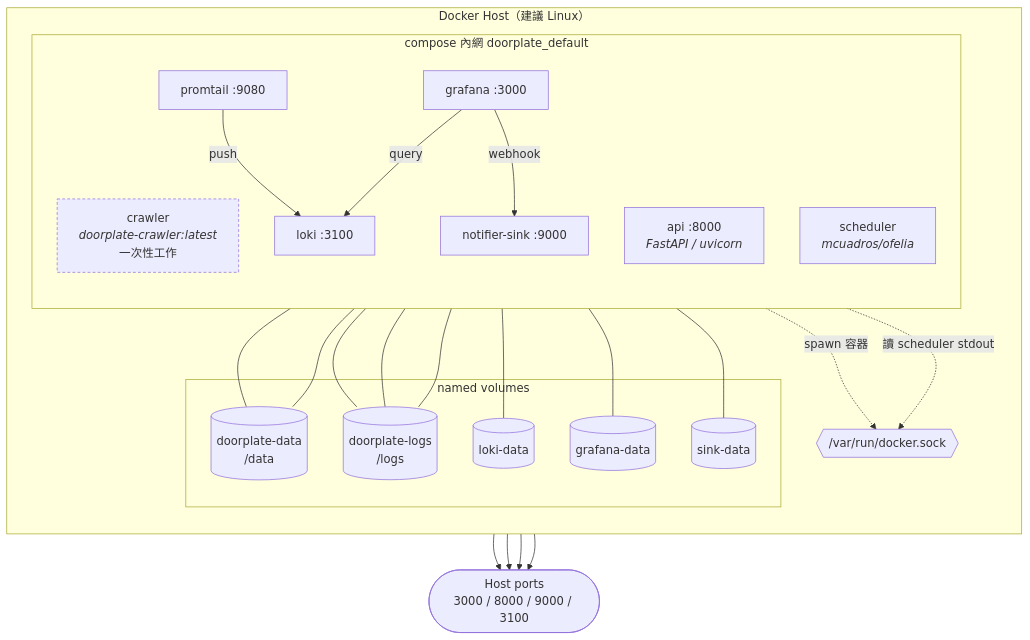
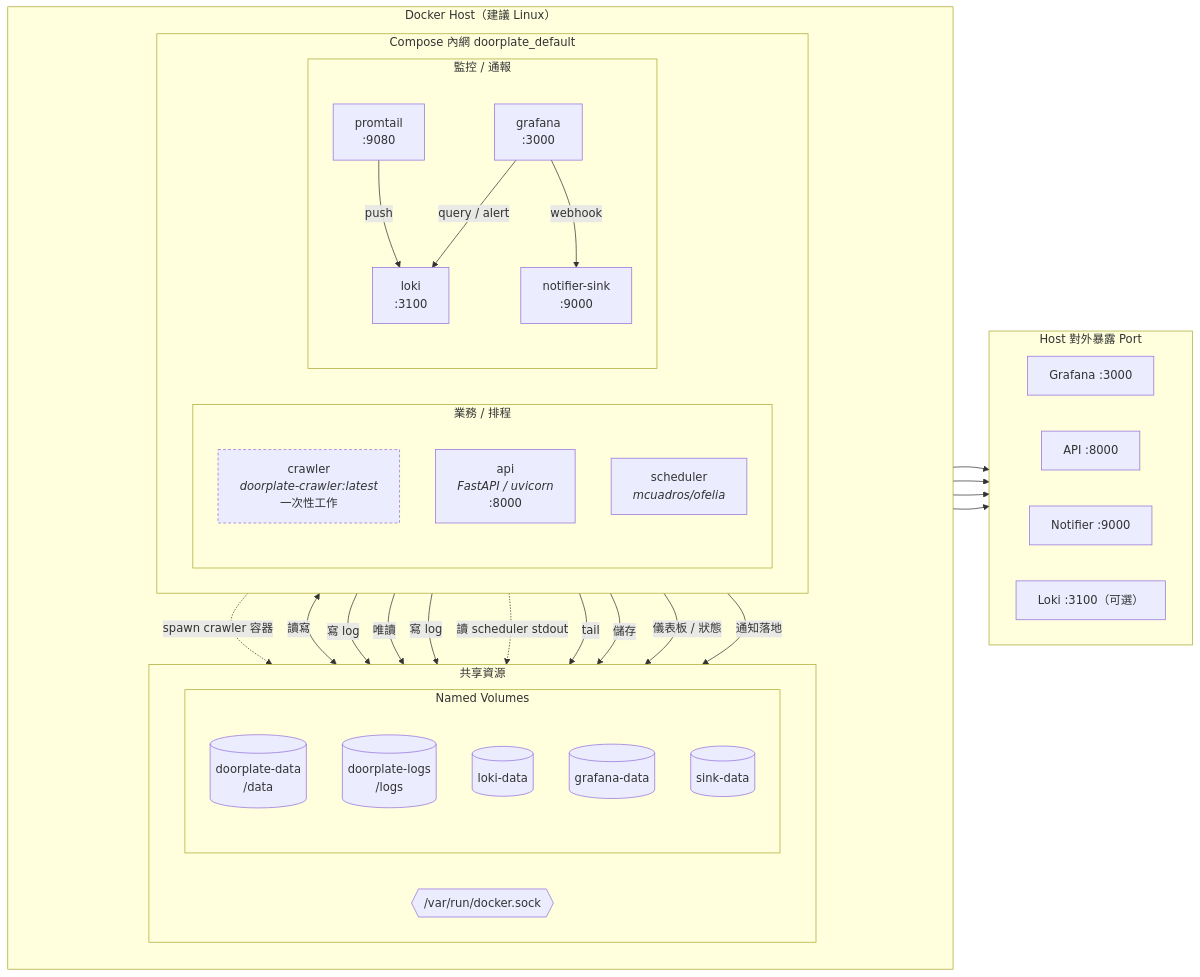
One commit to LLMSystems/DA_project changed the second of 7 diagrams in 試題四/README.md. Above: the diagram before and after it, drawn with Mermaid. The commit also changed other lines of this file and 3 other files, not shown here.

````diff
--- a/試題四/README.md
+++ b/試題四/README.md
@@ -80,53 +80,72 @@
 ```mermaid
-flowchart TB
+flowchart LR
     subgraph HOST["Docker Host（建議 Linux）"]
         direction TB
 
-        subgraph NET["compose 內網 doorplate_default"]
-            direction TB
-            crawler["crawler<br/><i>doorplate-crawler:latest</i><br/>一次性工作"]
-            api["api :8000<br/><i>FastAPI / uvicorn</i>"]
-            promtail["promtail :9080"]
-            loki["loki :3100"]
-            grafana["grafana :3000"]
-            sink["notifier-sink :9000"]
-            scheduler["scheduler<br/><i>mcuadros/ofelia</i>"]
+        subgraph NET["Compose 內網 doorplate_default"]
+            direction LR
+
+            subgraph APP["業務 / 排程"]
+                direction TB
+                crawler["crawler<br/><i>doorplate-crawler:latest</i><br/>一次性工作"]
+                api["api<br/><i>FastAPI / uvicorn</i><br/>:8000"]
+                scheduler["scheduler<br/><i>mcuadros/ofelia</i>"]
+            end
+
+            subgraph OBS["監控 / 通報"]
+                direction TB
+                promtail["promtail<br/>:9080"]
+                loki["loki<br/>:3100"]
+                grafana["grafana<br/>:3000"]
+                sink["notifier-sink<br/>:9000"]
+            end
         end
 
-        subgraph VOLS["named volumes"]
-            vdata[("doorplate-data<br/>/data")]
-            vlogs[("doorplate-logs<br/>/logs")]
-            vloki[("loki-data")]
-            vgraf[("grafana-data")]
-            vsink[("sink-data")]
+        subgraph RES["共享資源"]
+            direction LR
+
+            subgraph VOLS["Named Volumes"]
+                direction TB
+                vdata[("doorplate-data<br/>/data")]
+                vlogs[("doorplate-logs<br/>/logs")]
+                vloki[("loki-data")]
+                vgraf[("grafana-data")]
+                vsink[("sink-data")]
+            end
+
+            sock{{"/var/run/docker.sock"}}
         end
-
-        sock{{"/var/run/docker.sock"}}
     end
 
-    PORTS(["Host ports<br/>3000 / 8000 / 9000 / 3100"])
+    subgraph PUB["Host 對外暴露 Port"]
+        direction LR
+        p3000["Grafana :3000"]
+        p8000["API :8000"]
+        p9000["Notifier :9000"]
+        p3100["Loki :3100（可選）"]
+    end
 
-    crawler --- vdata
-    crawler --- vlogs
-    api --- vdata
-    api --- vlogs
-    promtail --- vlogs
-    loki --- vloki
-    grafana --- vgraf
-    sink --- vsink
+    crawler <-->|讀寫| vdata
+    crawler -->|寫 log| vlogs
+    api -->|唯讀| vdata
+    api -->|寫 log| vlogs
+    promtail -->|tail| vlogs
+    loki -->|儲存| vloki
+    grafana -->|儀表板 / 狀態| vgraf
+    sink -->|通知落地| vsink
 
     promtail -->|push| loki
-    grafana -->|query| loki
+    grafana -->|query / alert| loki
     grafana -->|webhook| sink
 
-    scheduler -.->|spawn 容器| sock
+    scheduler -.->|spawn crawler 容器| sock
     promtail -.->|讀 scheduler stdout| sock
 
-    api --> PORTS
-    grafana --> PORTS
-    sink --> PORTS
-    loki --> PORTS
+    api --> p8000
+    grafana --> p3000
+    sink --> p9000
+    loki --> p3100
 
     classDef oneshot stroke-dasharray:4 3;
     class crawler oneshot;
 ```
````
